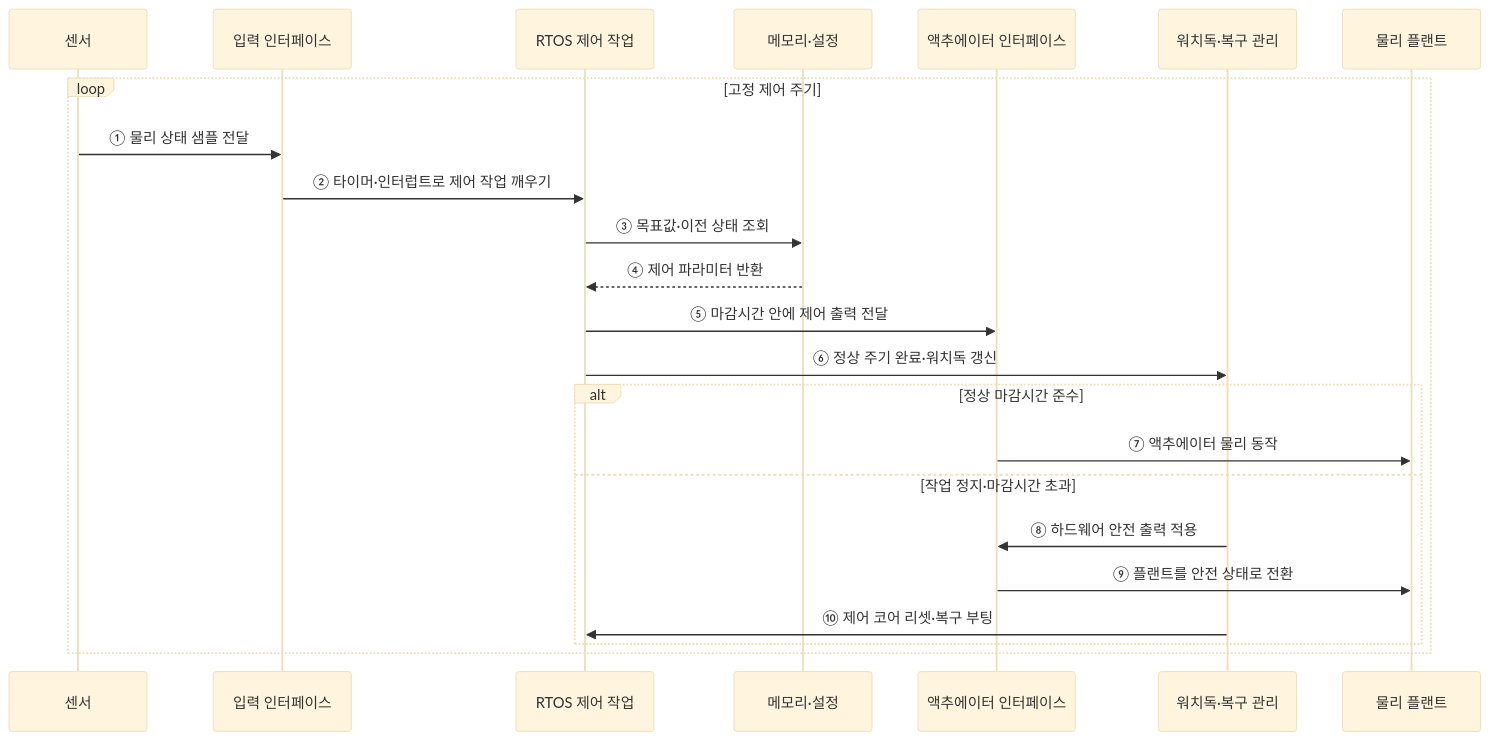
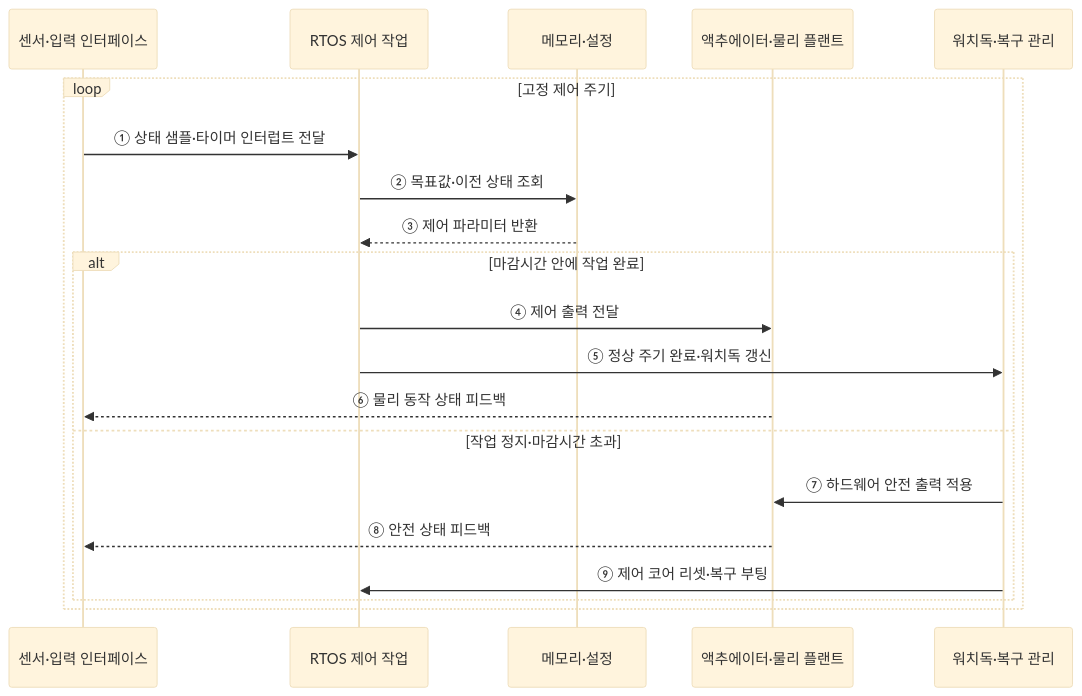
The second of 2 diagrams in src/content/docs/notes/02-hardware/060_embedded_system_architecture.md (agnusdei1207/knowledge-base), drawn with Mermaid (base theme) before and after one commit. The commit also changed other lines of this file and 20 other files, not shown here.

````diff
--- a/src/content/docs/notes/02-hardware/060_embedded_system_architecture.md
+++ b/src/content/docs/notes/02-hardware/060_embedded_system_architecture.md
@@ -104,26 +93,23 @@
 ```mermaid
 sequenceDiagram
-    participant S as 센서
-    participant I as 입력 인터페이스
+    participant S as 센서·입력 인터페이스
     participant C as RTOS 제어 작업
     participant M as 메모리·설정
-    participant O as 액추에이터 인터페이스
+    participant O as 액추에이터·물리 플랜트
     participant W as 워치독·복구 관리
-    participant P as 물리 플랜트
 
     loop 고정 제어 주기
-        S->>I: ① 물리 상태 샘플 전달
-        I->>C: ② 타이머·인터럽트로 제어 작업 깨우기
-        C->>M: ③ 목표값·이전 상태 조회
-        M-->>C: ④ 제어 파라미터 반환
-        C->>O: ⑤ 마감시간 안에 제어 출력 전달
-        C->>W: ⑥ 정상 주기 완료·워치독 갱신
-        alt 정상 마감시간 준수
-            O->>P: ⑦ 액추에이터 물리 동작
+        S->>C: ① 상태 샘플·타이머 인터럽트 전달
+        C->>M: ② 목표값·이전 상태 조회
+        M-->>C: ③ 제어 파라미터 반환
+        alt 마감시간 안에 작업 완료
+            C->>O: ④ 제어 출력 전달
+            C->>W: ⑤ 정상 주기 완료·워치독 갱신
+            O-->>S: ⑥ 물리 동작 상태 피드백
         else 작업 정지·마감시간 초과
-            W->>O: ⑧ 하드웨어 안전 출력 적용
-            O->>P: ⑨ 플랜트를 안전 상태로 전환
-            W->>C: ⑩ 제어 코어 리셋·복구 부팅
+            W->>O: ⑦ 하드웨어 안전 출력 적용
+            O-->>S: ⑧ 안전 상태 피드백
+            W->>C: ⑨ 제어 코어 리셋·복구 부팅
         end
     end
 ```
````
